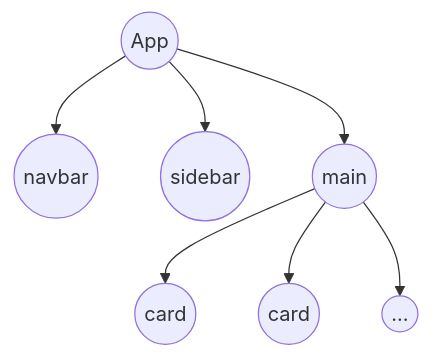
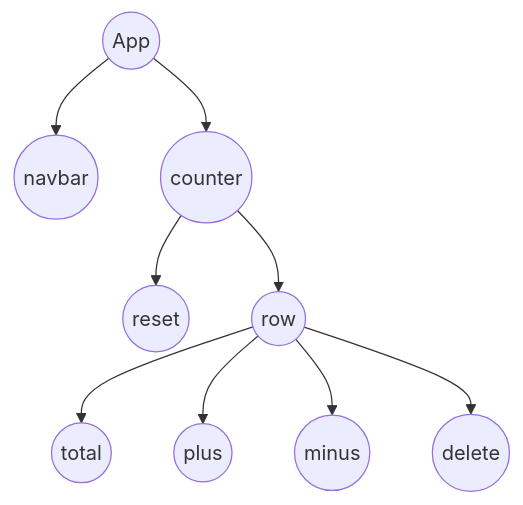
Before and after one commit to YCChenVictor/blog-frontend: the diagram in _posts/Computer_Science/frontend/react/2021-06-13-react-overview.md, drawn with Mermaid. The commit also changed other lines of this file and 4 other files, not shown here.

```diff
--- a/_posts/Computer_Science/frontend/react/2021-06-13-react-overview.md
+++ b/_posts/Computer_Science/frontend/react/2021-06-13-react-overview.md
@@ -37,9 +35,11 @@
 <div class="mermaid">
 graph TB
   id1((App)) --> id2((navbar))
-  id1((App)) --> id3((sidebar))
-  id1((App)) --> id4((main))
-  id4((main)) --> id5((card))
-  id4((main)) --> id6((card))
-  id4((main)) --> id7((...))
+  id1((App)) --> id4((counter))
+  id4((counter)) --> id5((reset))
+  id4((counter)) --> id6((row))
+  id6((row)) --> id7((total))
+  id6((row)) --> id8((plus))
+  id6((row)) --> id9((minus))
+  id6((row)) --> id10((delete))
 </div>
```
